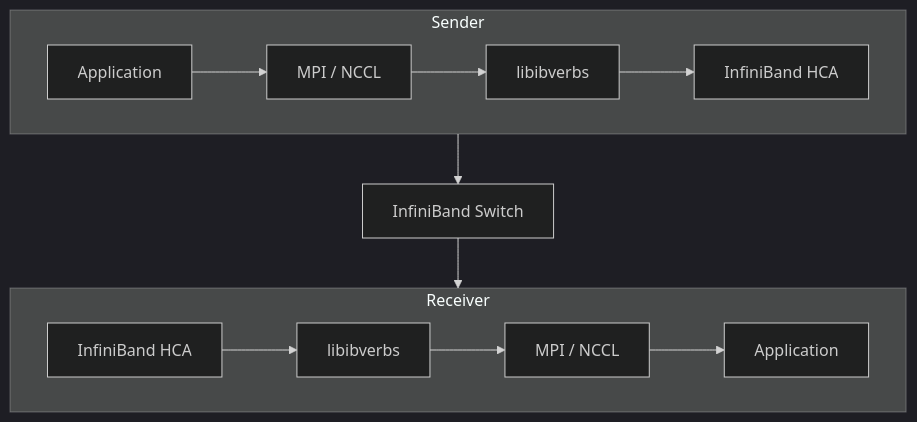
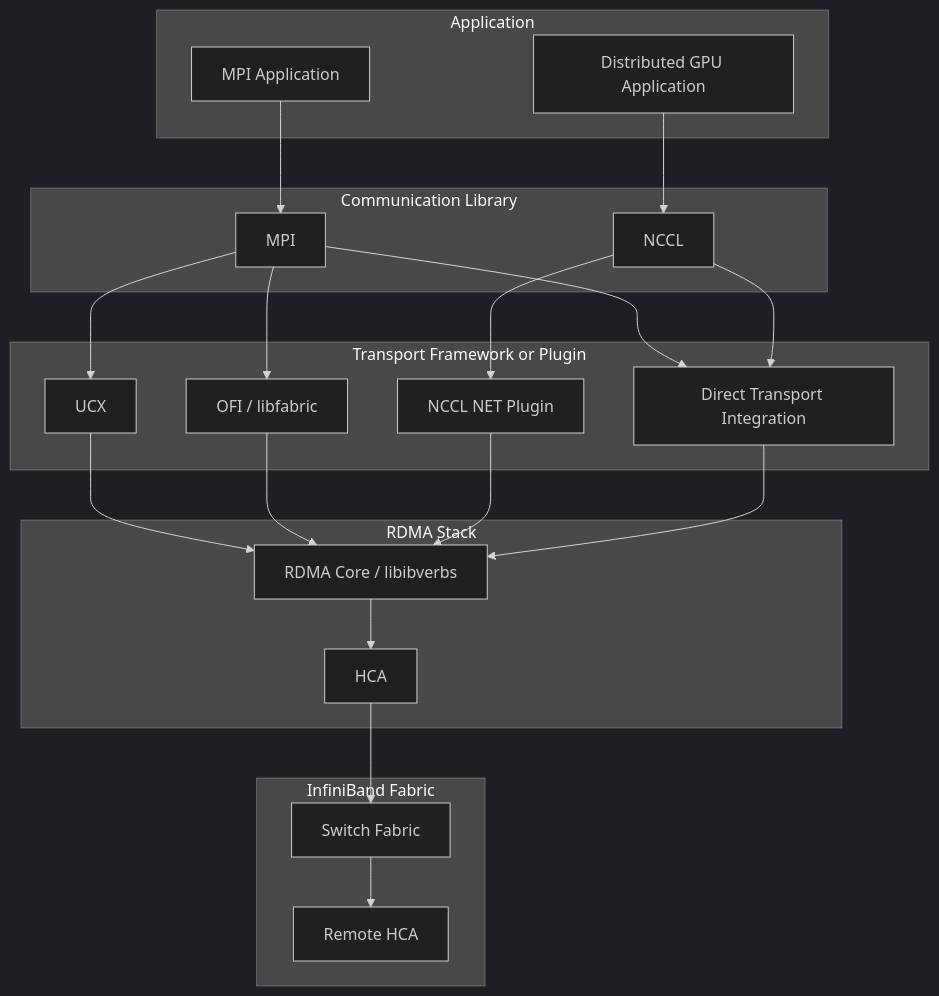
The sixth of 8 diagrams in _posts/2026-07-14-MPI_OpenSM.md (hdimmfh/hdimmfh.github.io), drawn with Mermaid (dark theme) before and after one commit. The commit also changed other lines of this file and 2 other files, not shown here.

````diff
--- a/_posts/2026-07-14-MPI_OpenSM.md
+++ b/_posts/2026-07-14-MPI_OpenSM.md
@@ -72,18 +439,37 @@
 ```mermaid
 flowchart TB
-
-    subgraph Sender ["Sender"]
-        direction LR
-        APP["Application"] --> COMM["MPI / NCCL"] --> VERBS["libibverbs"] --> HCA1["InfiniBand HCA"]
+    subgraph APP["Application"]
+        MPIAPP["MPI Application"]
+        NCCLAPP["Distributed GPU Application"]
     end
-
-    SWITCH["InfiniBand Switch"]
-
-    subgraph Receiver ["Receiver"]
-        direction LR
-        HCA2["InfiniBand HCA"] --> VERBS2["libibverbs"] --> COMM2["MPI / NCCL"] --> APP2["Application"]
+    subgraph COMM["Communication Library"]
+        MPI["MPI"]
+        NCCL["NCCL"]
     end
-
-    Sender --> SWITCH
-    SWITCH --> Receiver
+    subgraph FRAMEWORK["Transport Framework or Plugin"]
+        UCX["UCX"]
+        OFI["OFI / libfabric"]
+        NET["NCCL NET Plugin"]
+        DIRECT["Direct Transport Integration"]
+    end
+    subgraph RDMA_STACK["RDMA Stack"]
+        VERBS["RDMA Core / libibverbs"]
+        HCA["HCA"]
+    end
+    subgraph FABRIC["InfiniBand Fabric"]
+        SWITCH["Switch Fabric"]
+        REMOTE["Remote HCA"]
+    end
+    MPIAPP --> MPI
+    NCCLAPP --> NCCL
+    MPI --> UCX
+    MPI --> OFI
+    MPI --> DIRECT
+    NCCL --> NET
+    NCCL --> DIRECT
+    UCX --> VERBS
+    OFI --> VERBS
+    NET --> VERBS
+    DIRECT --> VERBS
+    VERBS --> HCA --> SWITCH --> REMOTE
 ```
````
